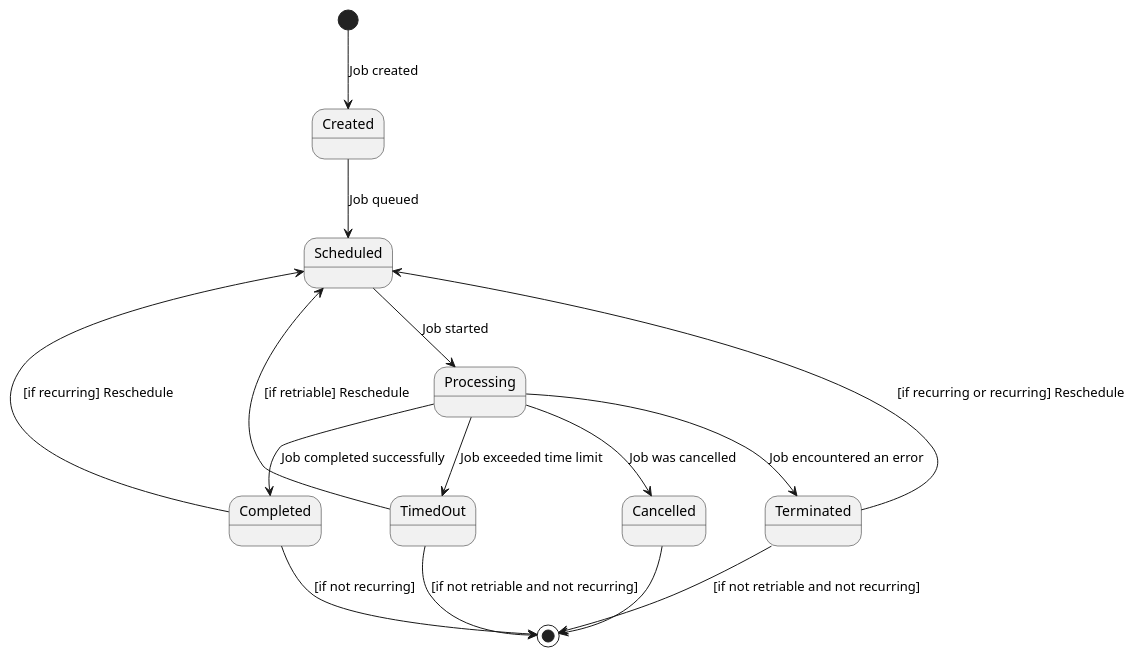
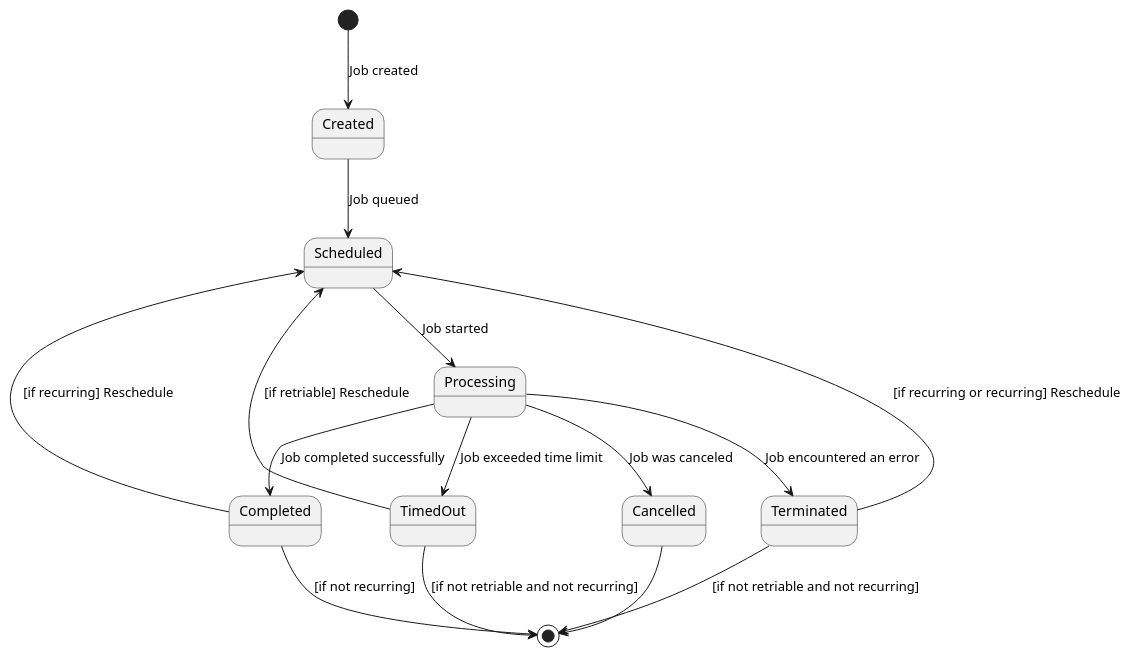
One commit to cybergarage/go-job changed the diagram in doc/img/job-state.pu. Above: the diagram before and after it, drawn with PlantUML. The commit also changed 1 other file, not shown here.

```diff
--- a/doc/img/job-state.pu
+++ b/doc/img/job-state.pu
@@ -1,19 +1,19 @@
 @startuml
 [*] --> Created : Job created
 
 Created --> Scheduled : Job queued
 Scheduled --> Processing : Job started
 Processing --> Completed : Job completed successfully
 Processing --> Terminated : Job encountered an error
 Terminated --> Scheduled : [if recurring or recurring] Reschedule
 Completed --> Scheduled : [if recurring] Reschedule
 Terminated --> [*] : [if not retriable and not recurring]
 Completed --> [*] : [if not recurring]
 
-Processing --> Cancelled : Job was cancelled
+Processing --> Cancelled : Job was canceled
 Cancelled --> [*]
 Processing --> TimedOut : Job exceeded time limit
 TimedOut --> Scheduled : [if retriable] Reschedule
 TimedOut --> [*] : [if not retriable and not recurring]
 
 @enduml
```
